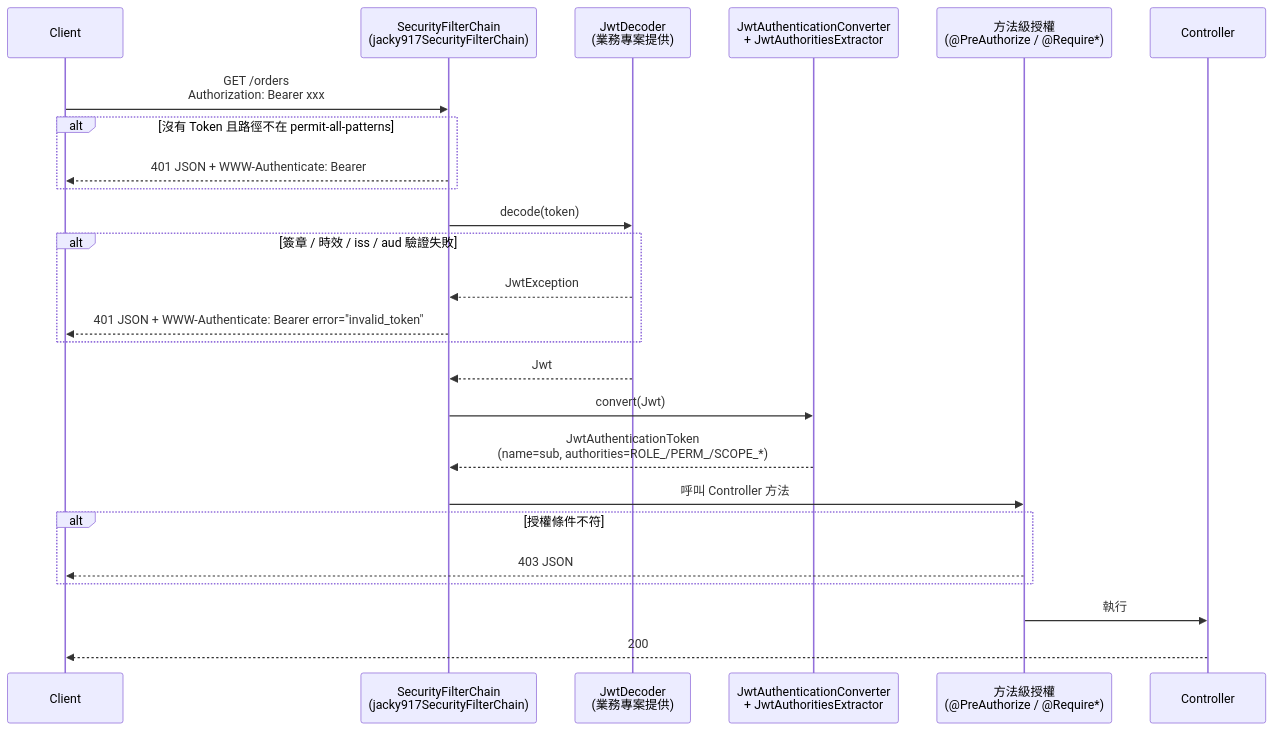
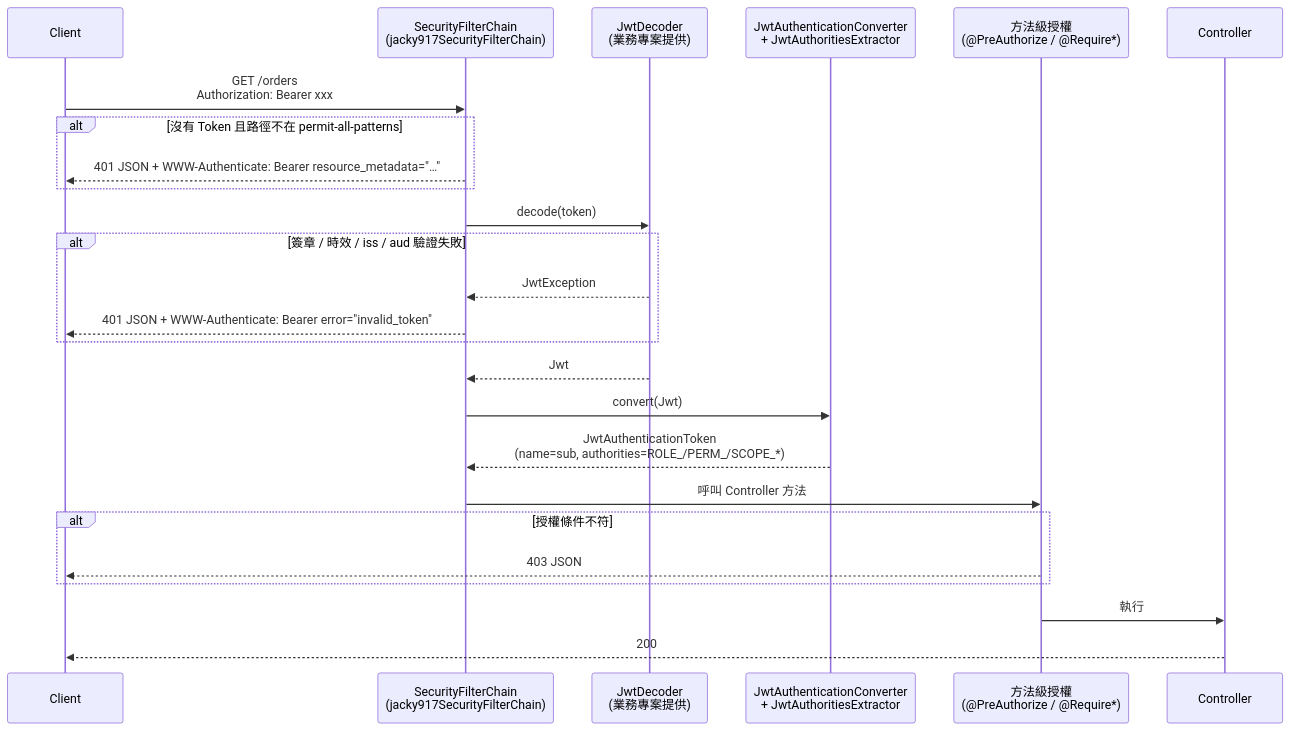
Before and after one commit to jacky917/jacky917-security: the diagram in docs/starter-design.md, drawn with Mermaid. The commit also changed other lines of this file and 10 other files, not shown here.

````diff
--- a/docs/starter-design.md
+++ b/docs/starter-design.md
@@ -42,28 +42,28 @@
 ```mermaid
 sequenceDiagram
     participant C as Client
     participant F as SecurityFilterChain<br/>(jacky917SecurityFilterChain)
     participant D as JwtDecoder<br/>(業務專案提供)
     participant X as JwtAuthenticationConverter<br/>+ JwtAuthoritiesExtractor
     participant M as 方法級授權<br/>(@PreAuthorize / @Require*)
     participant A as Controller
 
     C->>F: GET /orders<br/>Authorization: Bearer xxx
     alt 沒有 Token 且路徑不在 permit-all-patterns
-        F-->>C: 401 JSON + WWW-Authenticate: Bearer
+        F-->>C: 401 JSON + WWW-Authenticate: Bearer resource_metadata="…"
     end
     F->>D: decode(token)
     alt 簽章 / 時效 / iss / aud 驗證失敗
         D-->>F: JwtException
         F-->>C: 401 JSON + WWW-Authenticate: Bearer error="invalid_token"
     end
     D-->>F: Jwt
     F->>X: convert(Jwt)
     X-->>F: JwtAuthenticationToken<br/>(name=sub, authorities=ROLE_/PERM_/SCOPE_*)
     F->>M: 呼叫 Controller 方法
     alt 授權條件不符
         M-->>C: 403 JSON
     end
     M->>A: 執行
     A-->>C: 200
 ```
````
